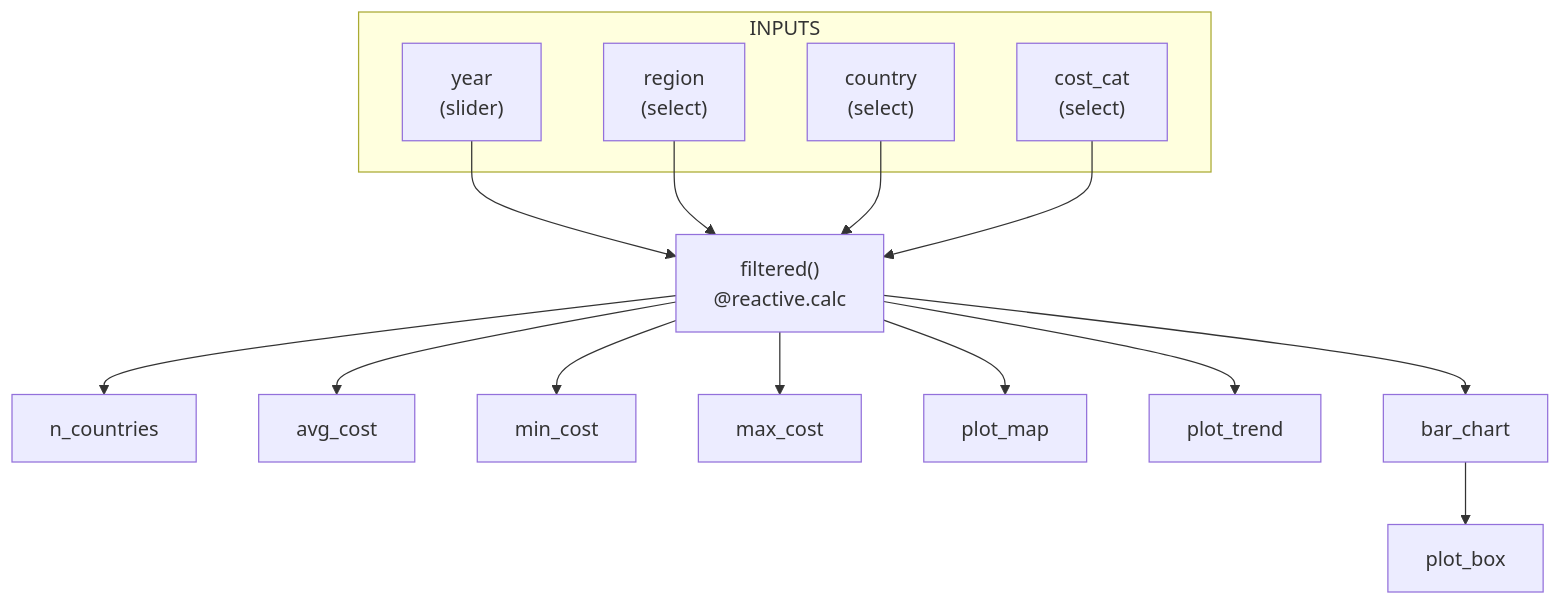
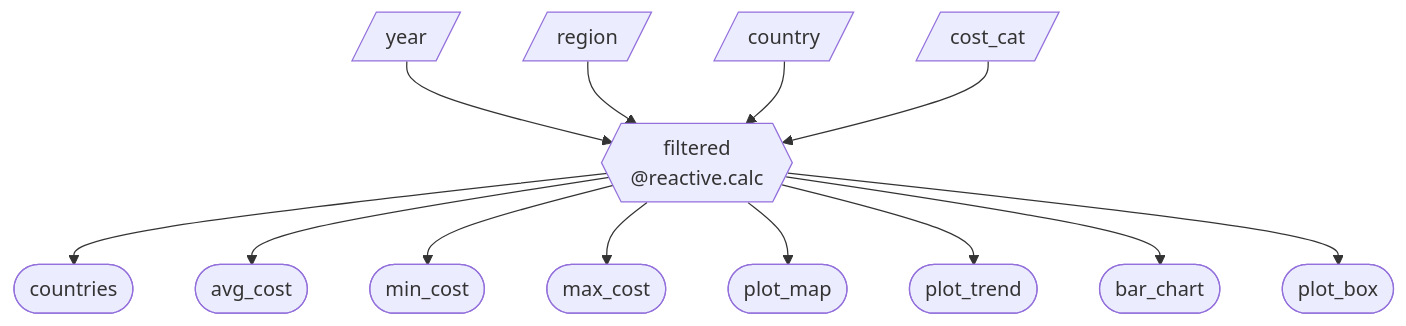
Before and after one commit to UBC-MDS/DSCI-532_2026_29_healthy-diet: the diagram in reports/m2_spec.md, drawn with Mermaid. The commit also changed other lines of this file, not shown here.

````diff
--- a/reports/m2_spec.md
+++ b/reports/m2_spec.md
@@ -38,26 +38,39 @@
 ```mermaid
-flowchart TD
-    subgraph INPUTS["INPUTS"]
-        year["year\n(slider)"]
-        region["region\n(select)"]
-        country["country\n(select)"]
-        cost_cat["cost_cat\n(select)"]
-    end
+graph TD
+    %% Inputs (parallelogram shape)
+    year[/"year<br>"/]
+    region[/"region<br>"/]
+    country[/"country<br>"/]
+    cost_cat[/"cost_cat<br>"/]
 
+    %% Reactive Calculation (hexagon shape)
+    filtered{{ filtered<br>@reactive.calc}}
+
+    %% Outputs - Stats (stadium shape)
+    n_countries(["countries<br>"])
+    avg_cost(["avg_cost<br>"])
+    min_cost(["min_cost<br>"])
+    max_cost(["max_cost<br>"])
+
+    %% Outputs - Charts (stadium shape)
+    plot_map(["plot_map<br>"])
+    plot_trend(["plot_trend<br>"])
+    bar_chart(["bar_chart<br>"])
+    plot_box(["plot_box<br>"])
+
+    %% Connections: Inputs → filtered
     year --> filtered
     region --> filtered
     country --> filtered
     cost_cat --> filtered
 
-    filtered["filtered()\n@reactive.calc"]
-
-    filtered --> n_countries["n_countries"]
-    filtered --> avg_cost["avg_cost"]
-    filtered --> min_cost["min_cost"]
-    filtered --> max_cost["max_cost"]
-    filtered --> plot_map["plot_map"]
-    filtered --> plot_trend["plot_trend"]
-    filtered --> bar_chart["bar_chart"]
-
-    bar_chart --> plot_box["plot_box"]
+    %% Connections: filtered → Outputs
+    filtered --> n_countries
+    filtered --> avg_cost
+    filtered --> min_cost
+    filtered --> max_cost
+    filtered --> plot_map
+    filtered --> plot_trend
+    filtered --> bar_chart
+    filtered --> plot_box
 ```
````
